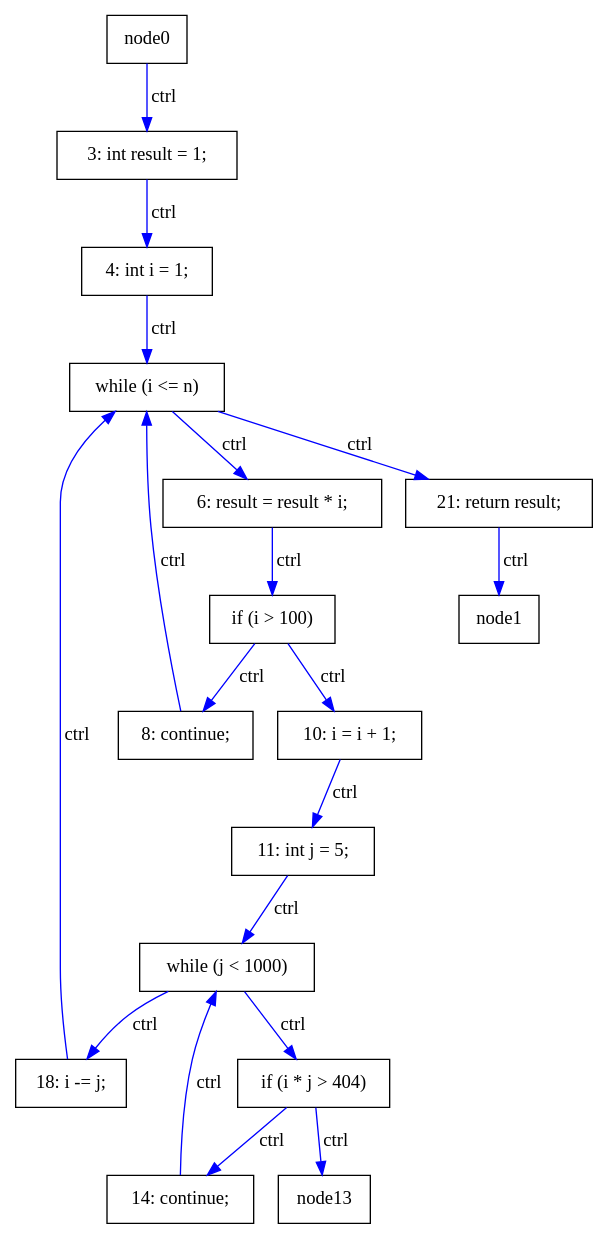
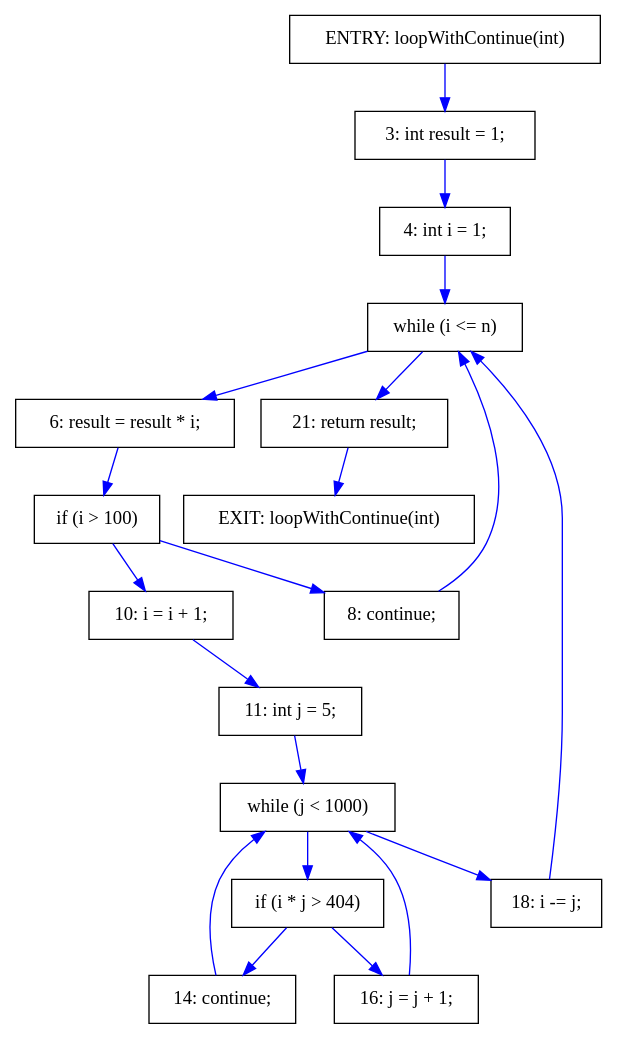
One commit to khaser/java-pdg changed the diagram in results/LoopWithContinue.dot. Above: the diagram before and after it, drawn with Graphviz. The commit also changed 21 other files, not shown here.

```diff
--- a/results/LoopWithContinue.dot
+++ b/results/LoopWithContinue.dot
@@ -1,37 +1,41 @@
 digraph PDG {
   rankdir=TB;
   node [shape=box];
 
+  node0 [label="ENTRY: loopWithContinue(int)"];
+  node1 [label="EXIT: loopWithContinue(int)"];
   node2 [label="3: int result = 1;"];
   node3 [label="4: int i = 1;"];
   node4 [label="while (i <= n)"];
   node5 [label="6: result = result * i;"];
   node6 [label="if (i > 100)"];
   node7 [label="8: continue;"];
   node8 [label="10: i = i + 1;"];
   node9 [label="11: int j = 5;"];
   node10 [label="while (j < 1000)"];
   node11 [label="if (i * j > 404)"];
   node12 [label="14: continue;"];
+  node13 [label="16: j = j + 1;"];
   node14 [label="18: i -= j;"];
   node15 [label="21: return result;"];
 
-  node6 -> node7 [label="ctrl", color=blue];
-  node11 -> node12 [label="ctrl", color=blue];
-  node10 -> node11 [label="ctrl", color=blue];
-  node6 -> node8 [label="ctrl", color=blue];
-  node4 -> node5 [label="ctrl", color=blue];
-  node0 -> node2 [label="ctrl", color=blue];
-  node2 -> node3 [label="ctrl", color=blue];
-  node3 -> node4 [label="ctrl", color=blue];
-  node4 -> node15 [label="ctrl", color=blue];
-  node5 -> node6 [label="ctrl", color=blue];
-  node7 -> node4 [label="ctrl", color=blue];
-  node8 -> node9 [label="ctrl", color=blue];
-  node9 -> node10 [label="ctrl", color=blue];
-  node10 -> node14 [label="ctrl", color=blue];
-  node12 -> node10 [label="ctrl", color=blue];
-  node11 -> node13 [label="ctrl", color=blue];
-  node14 -> node4 [label="ctrl", color=blue];
-  node15 -> node1 [label="ctrl", color=blue];
+  node6 -> node7 [label="", color=blue];
+  node11 -> node12 [label="", color=blue];
+  node10 -> node11 [label="", color=blue];
+  node6 -> node8 [label="", color=blue];
+  node4 -> node5 [label="", color=blue];
+  node0 -> node2 [label="", color=blue];
+  node2 -> node3 [label="", color=blue];
+  node3 -> node4 [label="", color=blue];
+  node4 -> node15 [label="", color=blue];
+  node5 -> node6 [label="", color=blue];
+  node7 -> node4 [label="", color=blue];
+  node8 -> node9 [label="", color=blue];
+  node9 -> node10 [label="", color=blue];
+  node10 -> node14 [label="", color=blue];
+  node12 -> node10 [label="", color=blue];
+  node11 -> node13 [label="", color=blue];
+  node13 -> node10 [label="", color=blue];
+  node14 -> node4 [label="", color=blue];
+  node15 -> node1 [label="", color=blue];
 }
```
